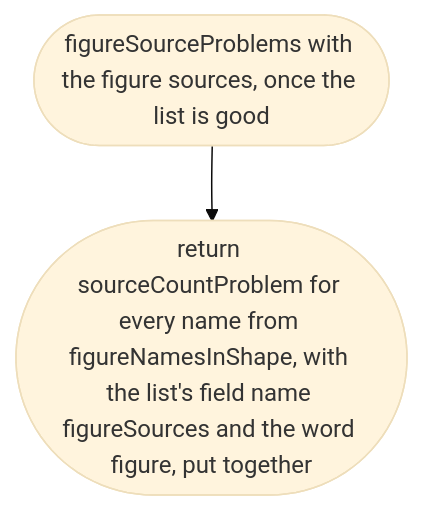
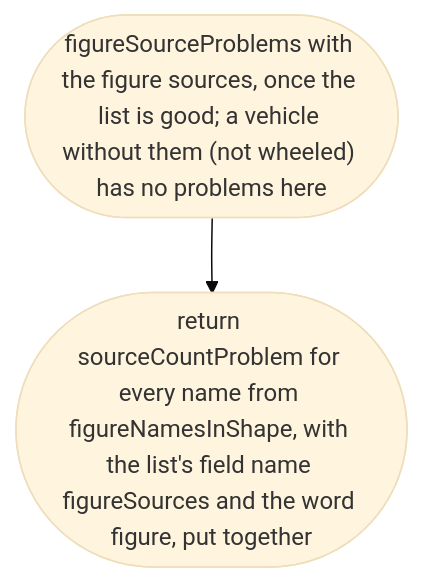
Before and after one commit to NewDara-Star/world-engine: the seventh of 8 diagrams in docs/designs/src/place/vehicle.md, drawn with Mermaid (base theme). The commit also changed other lines of this file and 41 other files, not shown here.

````diff
--- a/docs/designs/src/place/vehicle.md
+++ b/docs/designs/src/place/vehicle.md
@@ -98,6 +130,6 @@
 ```mermaid
 flowchart TD
-  s(["figureSourceProblems with the figure sources, once the list is good"])
+  s(["figureSourceProblems with the figure sources, once the list is good; a vehicle without them (not wheeled) has no problems here"])
   a(["return sourceCountProblem for every name from figureNamesInShape, with the list's field name figureSources and the word figure, put together"])
   s --> a
 ```
````
